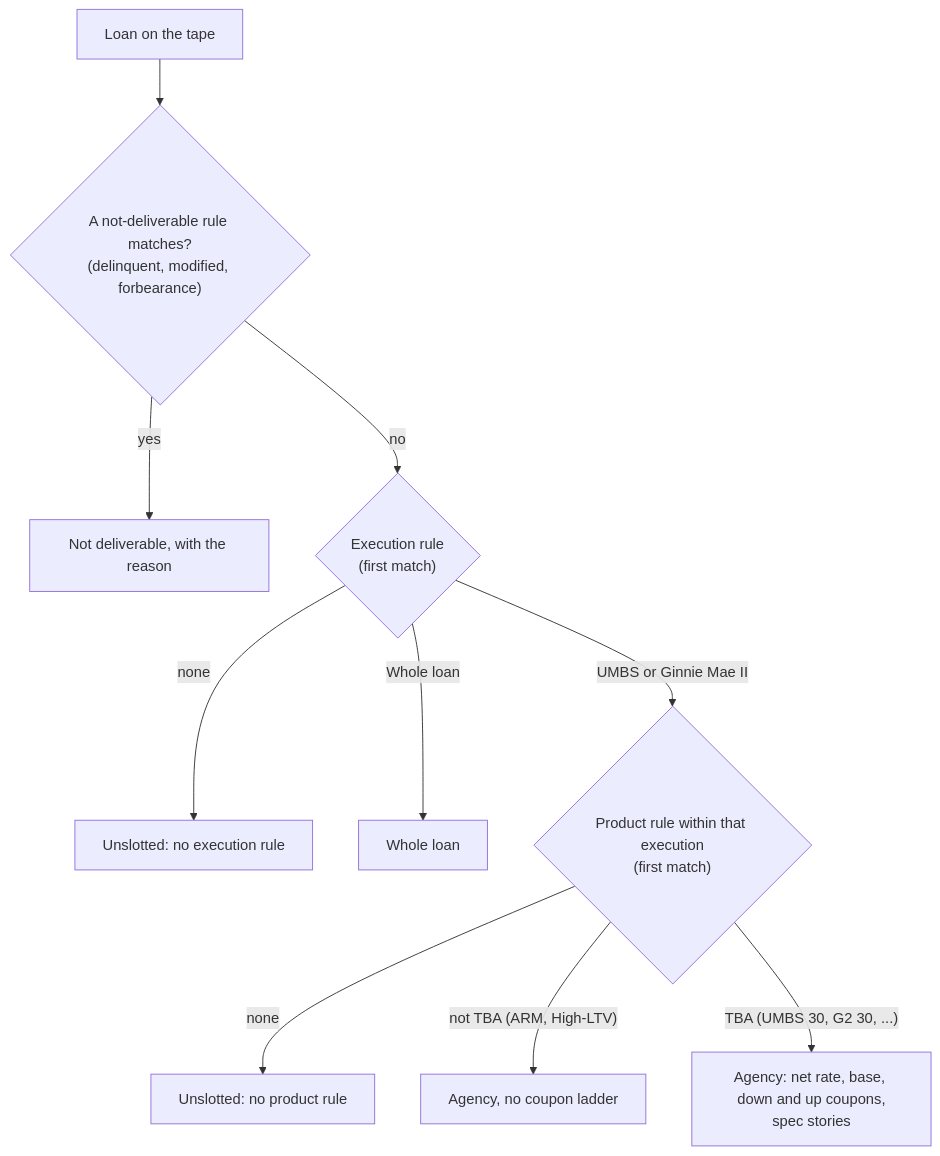
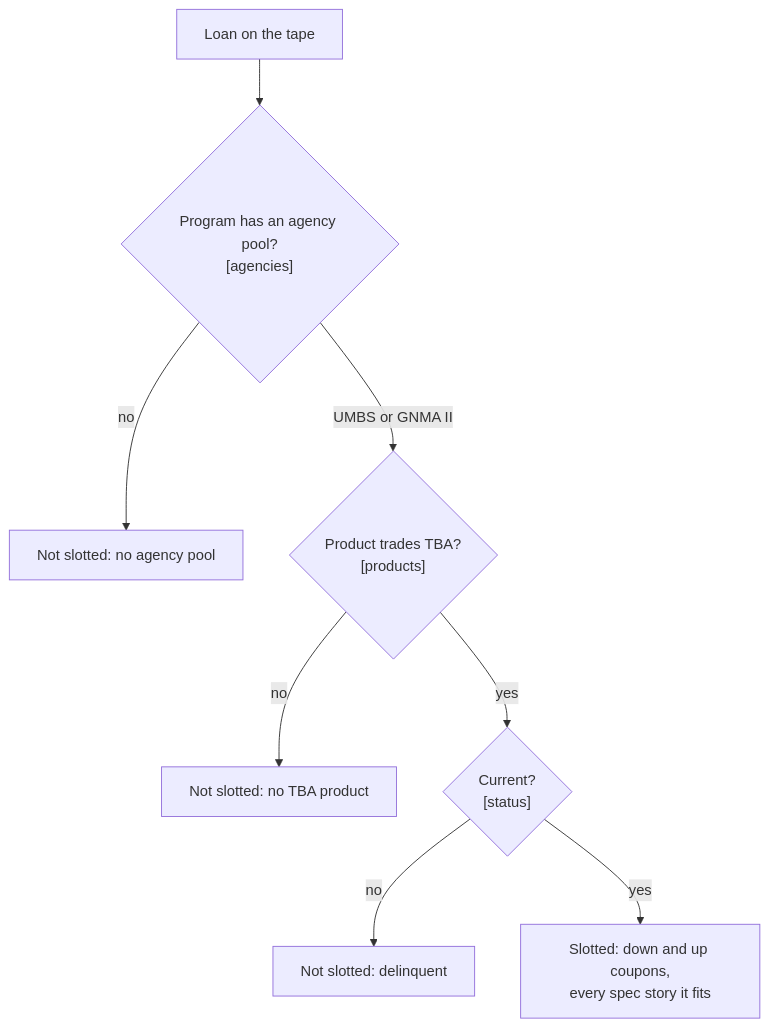
Before and after one commit to kumthi-cmd/LoanIQ: the diagram in docs/domain/slotting-rules.md, drawn with Mermaid. The commit also changed other lines of this file and 18 other files, not shown here.

First line of the commit message:
Step 5a: Product Slotting as a streamed run on the whole tape

````diff
--- a/docs/domain/slotting-rules.md
+++ b/docs/domain/slotting-rules.md
@@ -13,12 +15,10 @@
 ```mermaid
 flowchart TD
-    L["Loan on the tape"] --> N{"A not-deliverable rule matches?<br/>(delinquent, modified, forbearance)"}
-    N -- yes --> ND["Not deliverable, with the reason"]
-    N -- no --> E{"Execution rule<br/>(first match)"}
-    E -- "none" --> U1["Unslotted: no execution rule"]
-    E -- "Whole loan" --> W["Whole loan"]
-    E -- "UMBS or Ginnie Mae II" --> P{"Product rule within that execution<br/>(first match)"}
-    P -- "none" --> U2["Unslotted: no product rule"]
-    P -- "not TBA (ARM, High-LTV)" --> A1["Agency, no coupon ladder"]
-    P -- "TBA (UMBS 30, G2 30, ...)" --> C["Agency: net rate, base, down and up coupons,<br/>spec stories"]
+    L["Loan on the tape"] --> A{"Program has an agency pool?<br/>[agencies]"}
+    A -- no --> N1["Not slotted: no agency pool"]
+    A -- "UMBS or GNMA II" --> P{"Product trades TBA?<br/>[products]"}
+    P -- no --> N2["Not slotted: no TBA product"]
+    P -- yes --> S{"Current?<br/>[status]"}
+    S -- no --> N3["Not slotted: delinquent"]
+    S -- yes --> C["Slotted: down and up coupons,<br/>every spec story it fits"]
 ```
````
